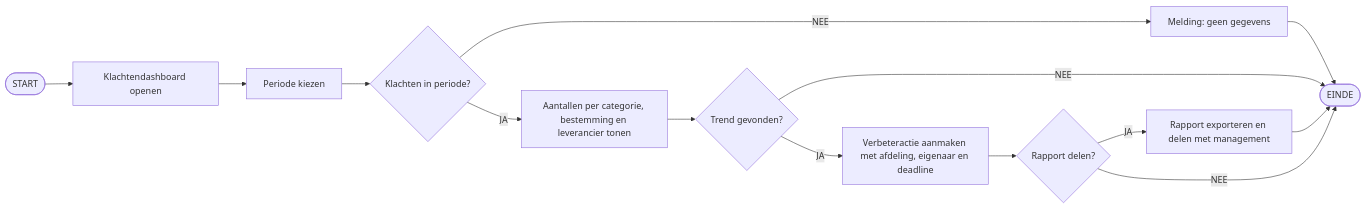
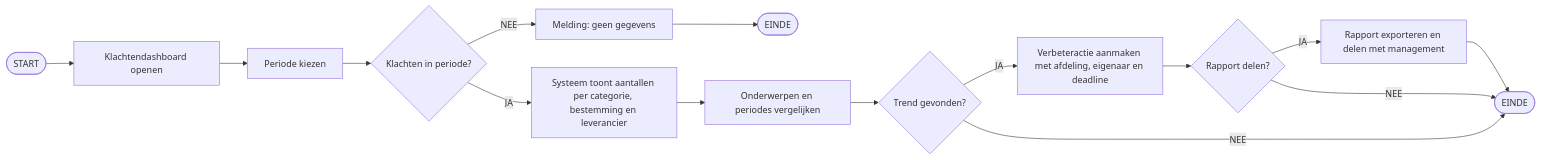
One commit to VoyageVista1/GroepInkoop changed diagram 11 of 13 in docs/ontwerp/use-cases-klantenservice.md. Above: the diagram before and after it, drawn with Mermaid. The commit also changed other lines of this file and 3 other files, not shown here.

````diff
--- a/docs/ontwerp/use-cases-klantenservice.md
+++ b/docs/ontwerp/use-cases-klantenservice.md
@@ -219,10 +557,30 @@
 ```mermaid
 flowchart LR
-    S(["START"]) --> A["Klachtendashboard openen"] --> B["Periode kiezen"] --> C{"Klachten in periode?"}
-    C -- "NEE" --> D["Melding: geen gegevens"] --> Z(["EINDE"])
-    C -- "JA" --> E["Aantallen per categorie, bestemming en leverancier tonen"] --> F{"Trend gevonden?"}
-    F -- "NEE" --> Z
-    F -- "JA" --> G["Verbeteractie aanmaken met afdeling, eigenaar en deadline"] --> H{"Rapport delen?"}
-    H -- "JA" --> I["Rapport exporteren en delen met management"] --> Z
-    H -- "NEE" --> Z
+    N0(["START"])
+    N1["Klachtendashboard openen"]
+    N2["Periode kiezen"]
+    N3{"Klachten in periode?"}
+    N4["Melding: geen gegevens"]
+    N5(["EINDE"])
+    N6["Systeem toont aantallen per categorie, bestemming en leverancier"]
+    N7["Onderwerpen en periodes vergelijken"]
+    N8{"Trend gevonden?"}
+    N9["Verbeteractie aanmaken met afdeling, eigenaar en deadline"]
+    N10{"Rapport delen?"}
+    N11["Rapport exporteren en delen met management"]
+    N12(["EINDE"])
+    N0 --> N1
+    N1 --> N2
+    N2 --> N3
+    N3 -- "NEE" --> N4
+    N4 --> N5
+    N3 -- "JA" --> N6
+    N6 --> N7
+    N7 --> N8
+    N8 -- "JA" --> N9
+    N9 --> N10
+    N10 -- "JA" --> N11
+    N11 --> N12
+    N10 -- "NEE" --> N12
+    N8 -- "NEE" --> N12
 ```
````
